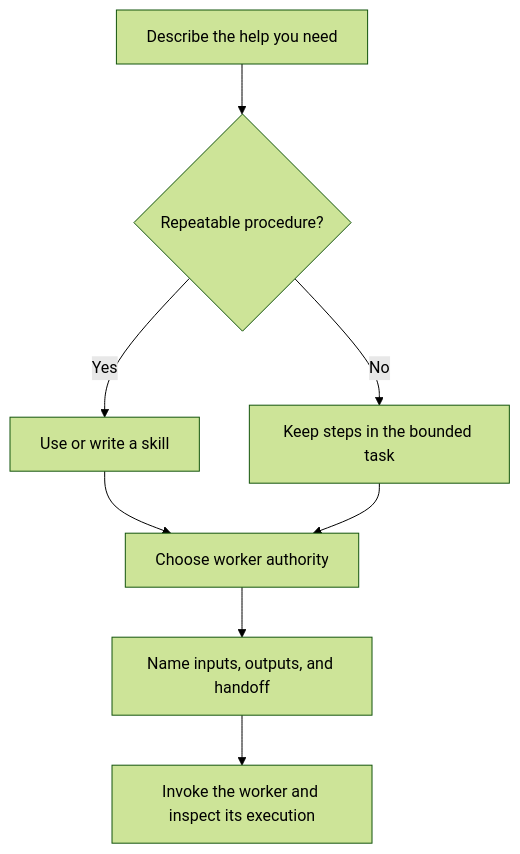
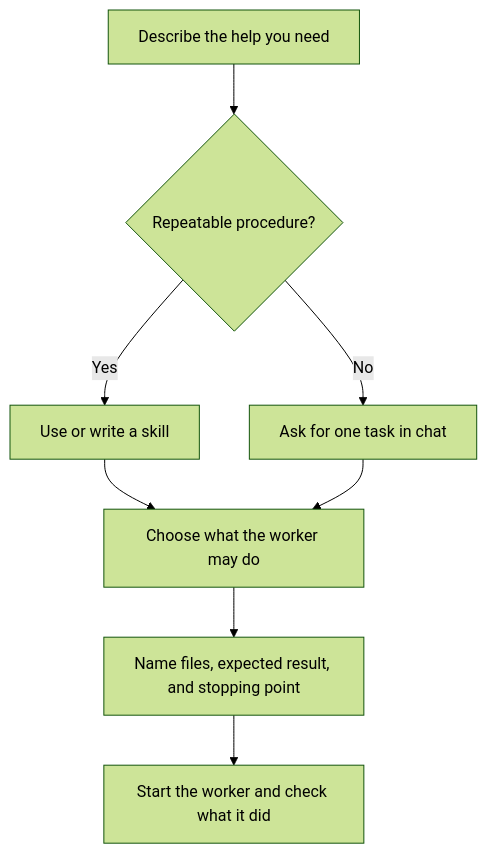
One commit to cristianandfriends/say-it-then-ship-it changed the diagram in lab/choose-skills-and-roles.md. Above: the diagram before and after it, drawn with Mermaid (forest theme). The commit also changed other lines of this file and 12 other files, not shown here.

````diff
--- a/lab/choose-skills-and-roles.md
+++ b/lab/choose-skills-and-roles.md
@@ -27,12 +26,12 @@
 ```mermaid
 flowchart TD
-    accTitle: Choose procedures and worker authority
-    accDescr: You identify whether you need a reusable procedure, a bounded worker, or both. You put procedure details in a skill and authority in a role, then name their inputs, outputs, and handoff in a task prompt.
+    accTitle: Choose a skill and an agent job
+    accDescr: Decide whether you need steps you can reuse. Put those steps in a skill, choose what the worker may do, and give it the files, expected result, and stopping point.
     need["Describe the help you need"] --> procedure{"Repeatable procedure?"}
     procedure -->|Yes| skill["Use or write a skill"]
-    procedure -->|No| task["Keep steps in the bounded task"]
-    skill --> role["Choose worker authority"]
+    procedure -->|No| task["Ask for one task in chat"]
+    skill --> role["Choose what the worker may do"]
     task --> role
-    role --> prompt["Name inputs, outputs, and handoff"]
-    prompt --> execute["Invoke the worker and inspect its execution"]
+    role --> prompt["Name files, expected result, and stopping point"]
+    prompt --> execute["Start the worker and check what it did"]
 ```
````
